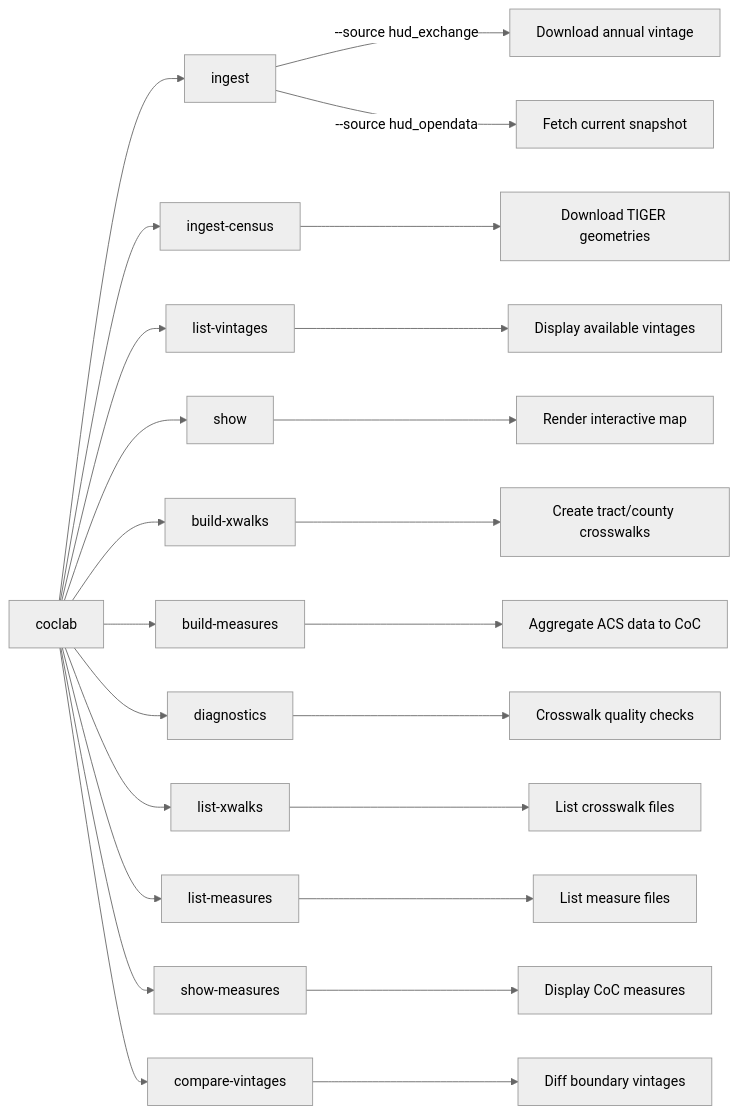
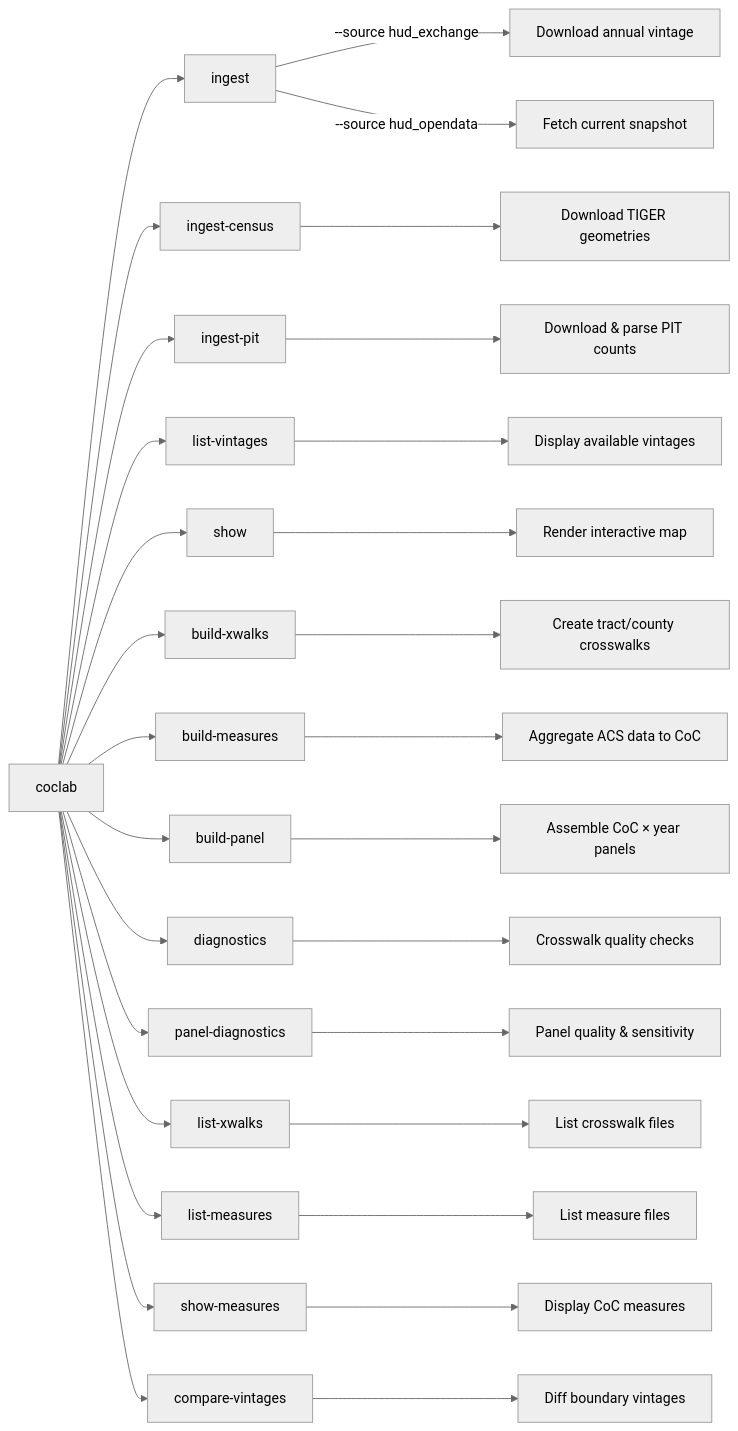
The fourth of 14 diagrams in manual-obsidian/CoC-Lab-Manual.md (mlmcconnell1/HHP-Lab), drawn with Mermaid (neutral theme) before and after one commit. The commit also changed other lines of this file, not shown here.

````diff
--- a/manual-obsidian/CoC-Lab-Manual.md
+++ b/manual-obsidian/CoC-Lab-Manual.md
@@ -254,27 +260,33 @@
 ```mermaid
 flowchart LR
     coclab --> ingest
     coclab --> ingest-census
+    coclab --> ingest-pit
     coclab --> list-vintages
     coclab --> show
     coclab --> build-xwalks
     coclab --> build-measures
+    coclab --> build-panel
     coclab --> diagnostics
+    coclab --> panel-diagnostics
     coclab --> list-xwalks
     coclab --> list-measures
     coclab --> show-measures
     coclab --> compare-vintages
 
     ingest --> |"--source hud_exchange"| HUD_EX[Download annual vintage]
     ingest --> |"--source hud_opendata"| HUD_OD[Fetch current snapshot]
     ingest-census --> TIGER[Download TIGER geometries]
+    ingest-pit --> PIT[Download & parse PIT counts]
     list-vintages --> LIST[Display available vintages]
     show --> MAP[Render interactive map]
     build-xwalks --> XWALK[Create tract/county crosswalks]
     build-measures --> MEAS[Aggregate ACS data to CoC]
+    build-panel --> PANEL[Assemble CoC × year panels]
     diagnostics --> DIAG[Crosswalk quality checks]
+    panel-diagnostics --> PDIAG[Panel quality & sensitivity]
     list-xwalks --> LXWALK[List crosswalk files]
     list-measures --> LMEAS[List measure files]
     show-measures --> SMEAS[Display CoC measures]
     compare-vintages --> COMP[Diff boundary vintages]
 ```
````
